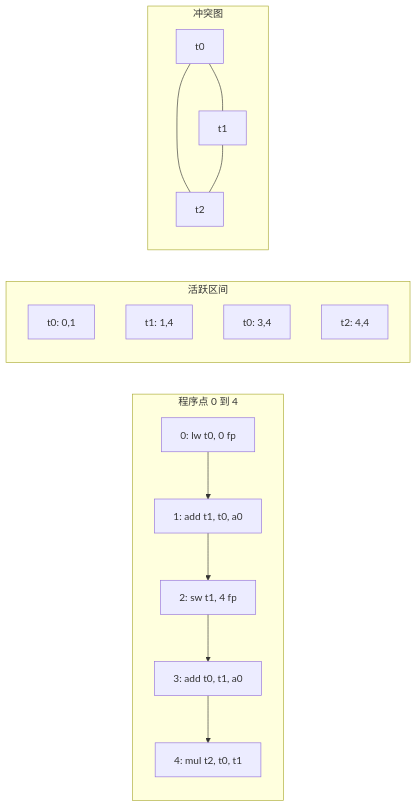
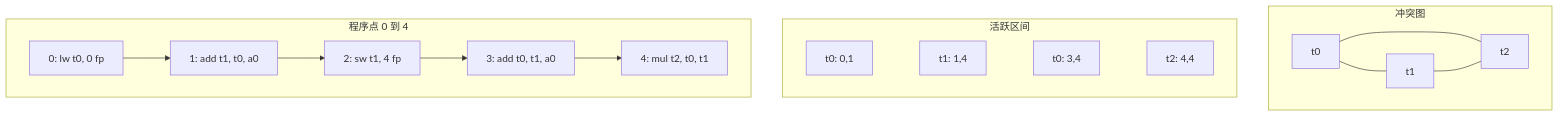
One commit to lightsmilew/compiler-principles changed the diagram in docs/optim/asm-liveness.md. Above: the diagram before and after it, drawn with Mermaid. The commit also changed 36 other files, not shown here.

````diff
--- a/docs/optim/asm-liveness.md
+++ b/docs/optim/asm-liveness.md
@@ -110,20 +110,22 @@
 ```mermaid
-flowchart LR
+%% 说明：Mermaid 会把并列的子图从右向左摆放，这里先写"冲突图"、
+%% 再写"活跃区间"、最后写"程序点"，渲染出来才是 程序点 → 活跃区间 → 冲突图
+%% 的自然阅读顺序。活跃区间之间用不可见连线（~~~）竖排，避免该栏横向拉长。
+flowchart TB
+  subgraph 冲突图
+    A[t0] --- B[t1]
+    A --- C[t2]
+    B --- C
+  end
+  subgraph 活跃区间
+    R0[t0: 0,1] ~~~ R1[t1: 1,4]
+    R1 ~~~ R2[t0: 3,4]
+    R2 ~~~ R3[t2: 4,4]
+  end
   subgraph 程序点 0 到 4
     P0[0: lw t0, 0 fp] --> P1[1: add t1, t0, a0]
     P1 --> P2[2: sw t1, 4 fp]
     P2 --> P3[3: add t0, t1, a0]
     P3 --> P4[4: mul t2, t0, t1]
   end
-  subgraph 活跃区间
-    R0[t0: 0,1]
-    R1[t1: 1,4]
-    R2[t0: 3,4]
-    R3[t2: 4,4]
-  end
-  subgraph 冲突图
-    A[t0] --- B[t1]
-    A --- C[t2]
-    B --- C
-  end
 ```
````
